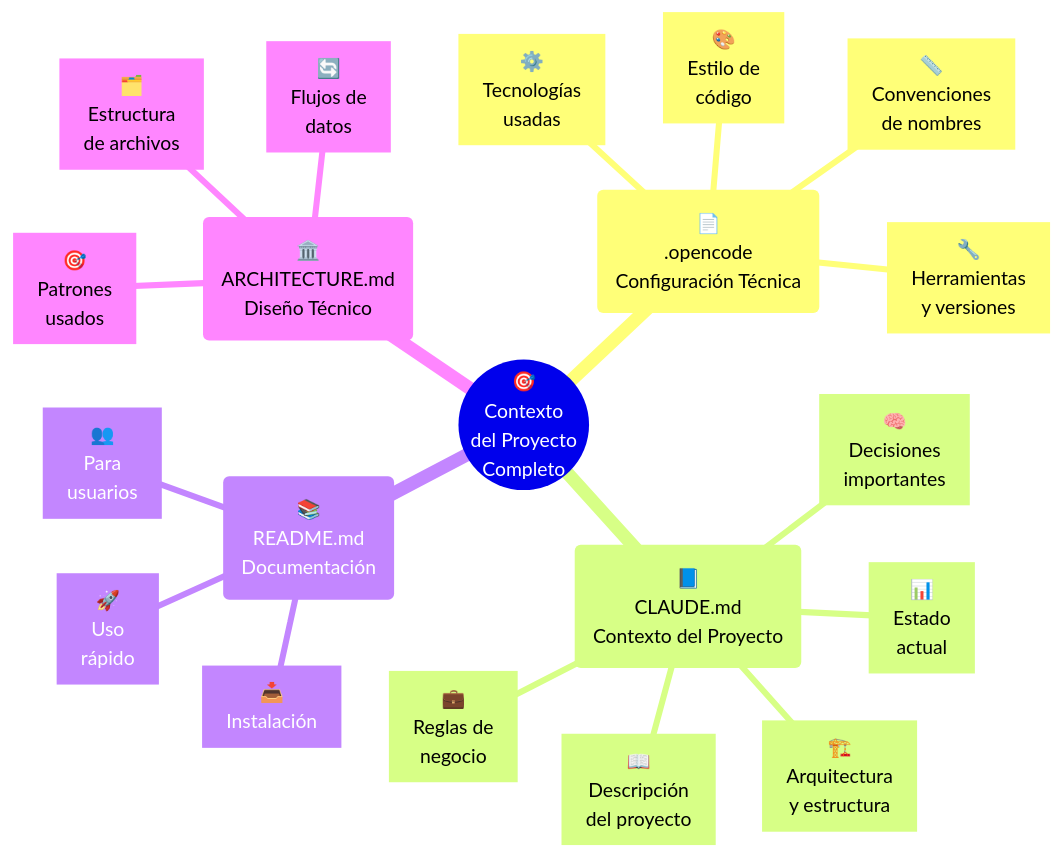
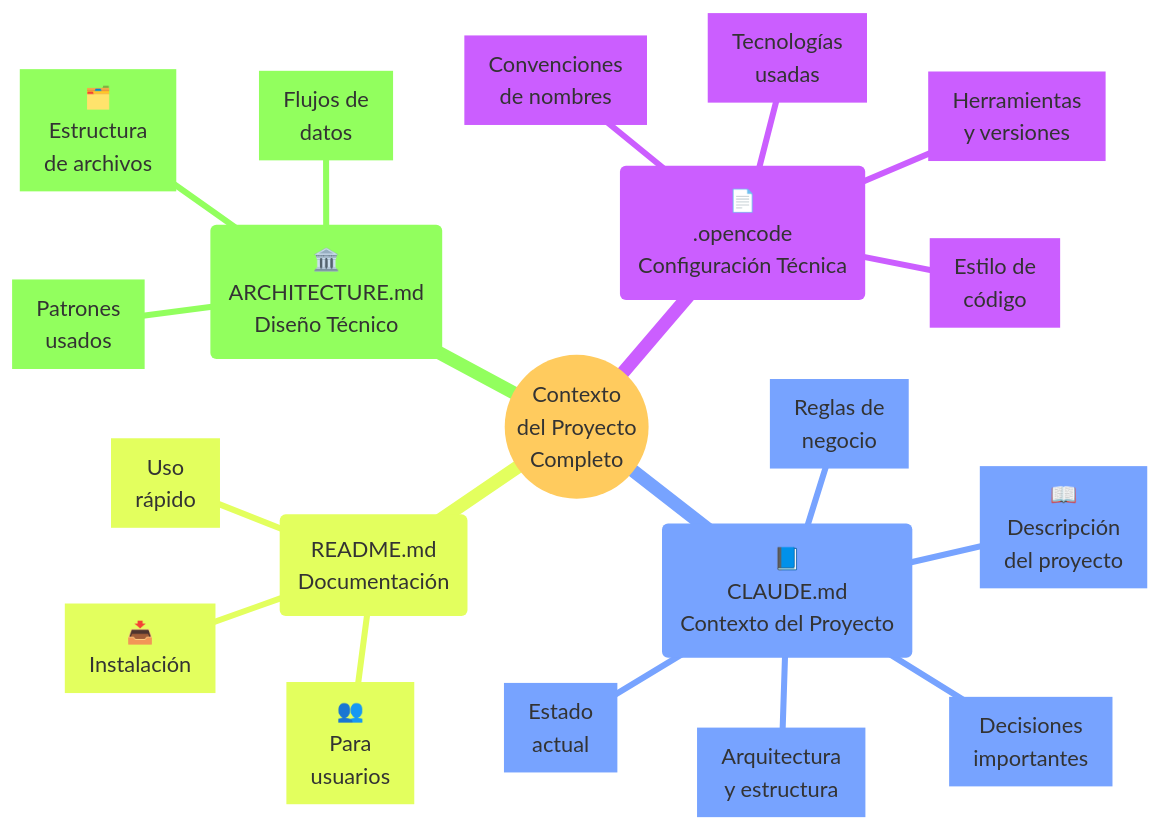
The third of 8 diagrams in courses/🟡-development/FPUNA-2026/00-FUNDAMENTOS-PRINCIPALES/04-ingenieria-contexto.md (Ai-Whisperers/Courses-Content), drawn with Mermaid before and after one commit. The commit also changed other lines of this file and 47 other files, not shown here.

First line of the commit message:
fix: Make all 473 diagrams WCAG AAA accessible (FPUNA-2026)

````diff
--- a/courses/🟡-development/FPUNA-2026/00-FUNDAMENTOS-PRINCIPALES/04-ingenieria-contexto.md
+++ b/courses/🟡-development/FPUNA-2026/00-FUNDAMENTOS-PRINCIPALES/04-ingenieria-contexto.md
@@ -139,23 +141,24 @@
 ```mermaid
+%%{init: {'theme':'base', 'themeVariables': {'fontSize':'18px'}}}%%
 mindmap
-  root(("🎯<br/>Contexto<br/>del Proyecto<br/>Completo"))
+  root(("Contexto<br/>del Proyecto<br/>Completo"))
     ("📄<br/>.opencode<br/>Configuración Técnica")
-      ["⚙️<br/>Tecnologías<br/>usadas"]
-      ["🎨<br/>Estilo de<br/>código"]
-      ["📏<br/>Convenciones<br/>de nombres"]
-      ["🔧<br/>Herramientas<br/>y versiones"]
+      ["Tecnologías<br/>usadas"]
+      ["Estilo de<br/>código"]
+      ["Convenciones<br/>de nombres"]
+      ["Herramientas<br/>y versiones"]
     ("📘<br/>CLAUDE.md<br/>Contexto del Proyecto")
       ["📖<br/>Descripción<br/>del proyecto"]
-      ["🏗️<br/>Arquitectura<br/>y estructura"]
-      ["💼<br/>Reglas de<br/>negocio"]
-      ["📊<br/>Estado<br/>actual"]
-      ["🧠<br/>Decisiones<br/>importantes"]
-    ("📚<br/>README.md<br/>Documentación")
+      ["Arquitectura<br/>y estructura"]
+      ["Reglas de<br/>negocio"]
+      ["Estado<br/>actual"]
+      ["Decisiones<br/>importantes"]
+    ("README.md<br/>Documentación")
       ["👥<br/>Para<br/>usuarios"]
       ["📥<br/>Instalación"]
-      ["🚀<br/>Uso<br/>rápido"]
+      ["Uso<br/>rápido"]
     ("🏛️<br/>ARCHITECTURE.md<br/>Diseño Técnico")
       ["🗂️<br/>Estructura<br/>de archivos"]
-      ["🔄<br/>Flujos de<br/>datos"]
-      ["🎯<br/>Patrones<br/>usados"]
+      ["Flujos de<br/>datos"]
+      ["Patrones<br/>usados"]
 ```
````
